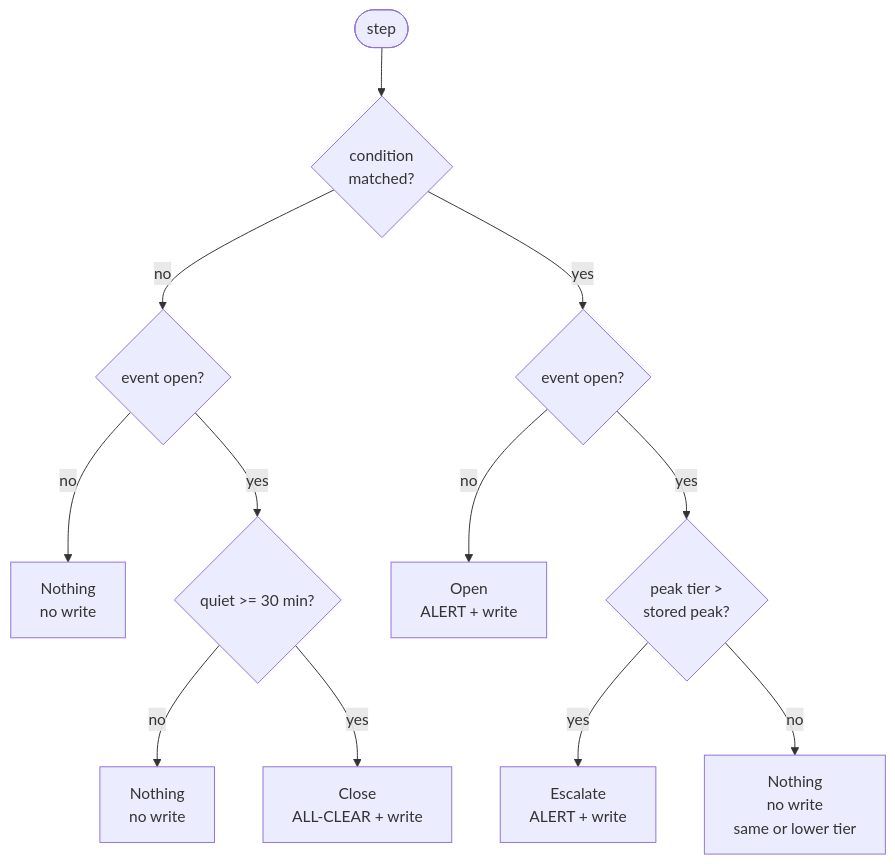
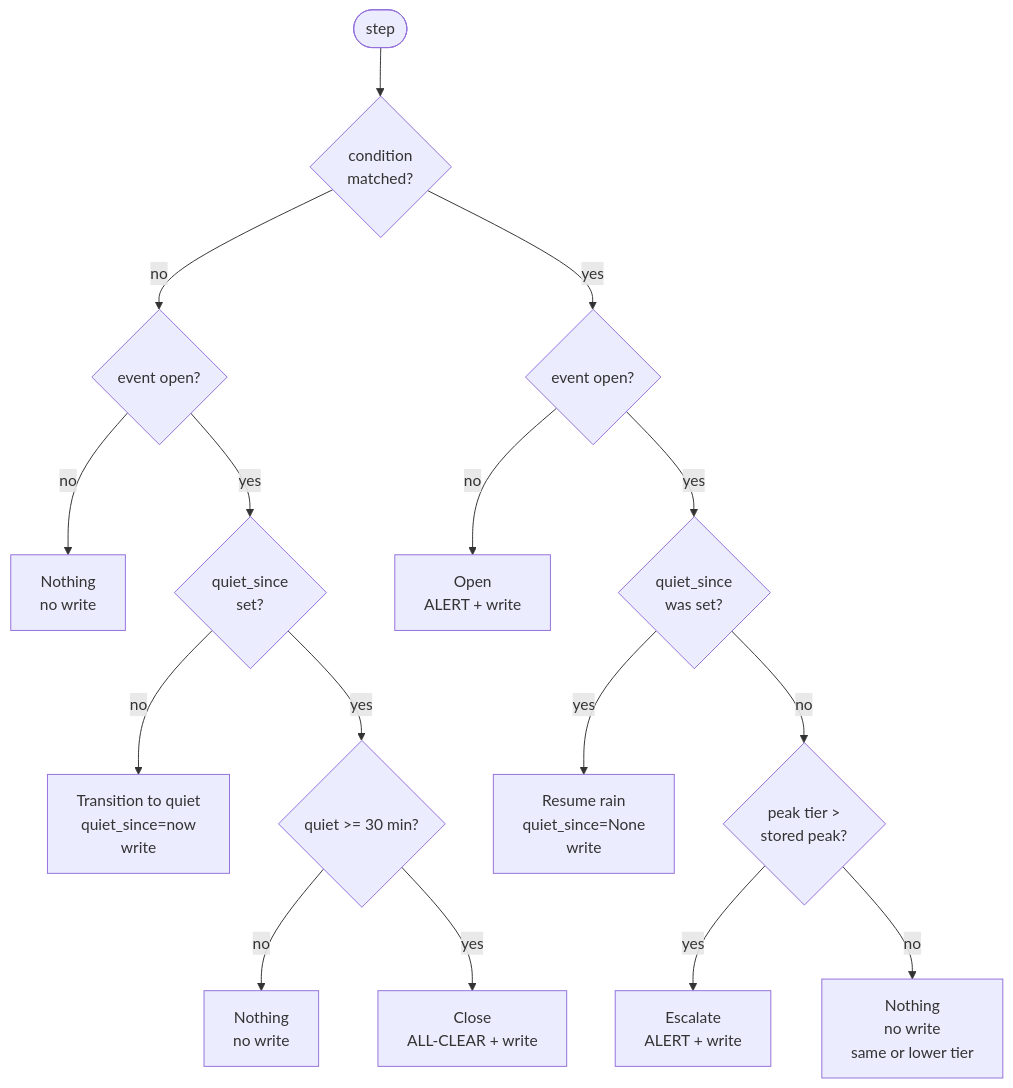
Before and after one commit to henius98/WeatherAlert: the second of 6 diagrams in FLOW.md, drawn with Mermaid. The commit also changed other lines of this file and 34 other files, not shown here.

````diff
--- a/FLOW.md
+++ b/FLOW.md
@@ -114,16 +124,20 @@
 ```mermaid
 flowchart TD
     S([step]) --> M{condition<br/>matched?}
 
     M -->|no| O1{event open?}
     O1 -->|no| N1[Nothing<br/>no write]
-    O1 -->|yes| Q{quiet >= 30 min?}
+    O1 -->|yes| QS{quiet_since<br/>set?}
+    QS -->|no| TR[Transition to quiet<br/>quiet_since=now<br/>write]
+    QS -->|yes| Q{quiet >= 30 min?}
     Q -->|no| N2[Nothing<br/>no write]
     Q -->|yes| CL[Close<br/>ALL-CLEAR + write]
 
     M -->|yes| O2{event open?}
     O2 -->|no| OP[Open<br/>ALERT + write]
-    O2 -->|yes| T{peak tier ><br/>stored peak?}
+    O2 -->|yes| R{quiet_since<br/>was set?}
+    R -->|yes| RS[Resume rain<br/>quiet_since=None<br/>write]
+    R -->|no| T{peak tier ><br/>stored peak?}
     T -->|yes| ES[Escalate<br/>ALERT + write]
     T -->|no| N3[Nothing<br/>no write<br/>same or lower tier]
 ```
````
